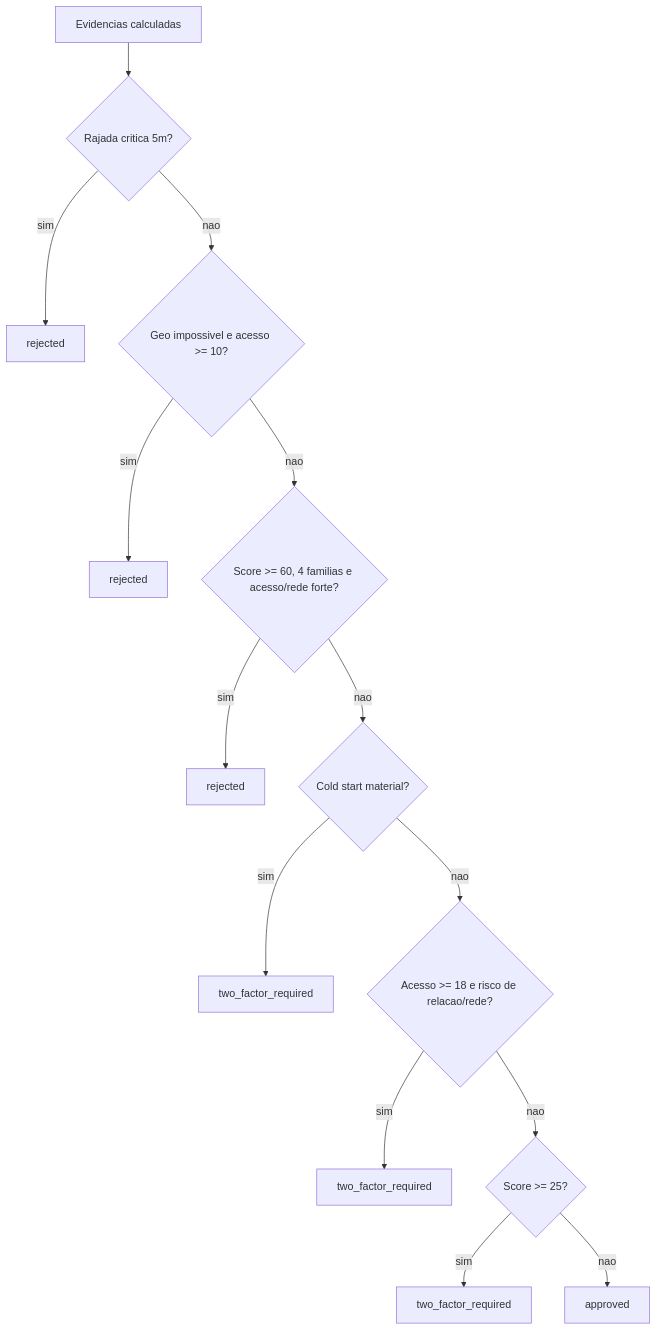
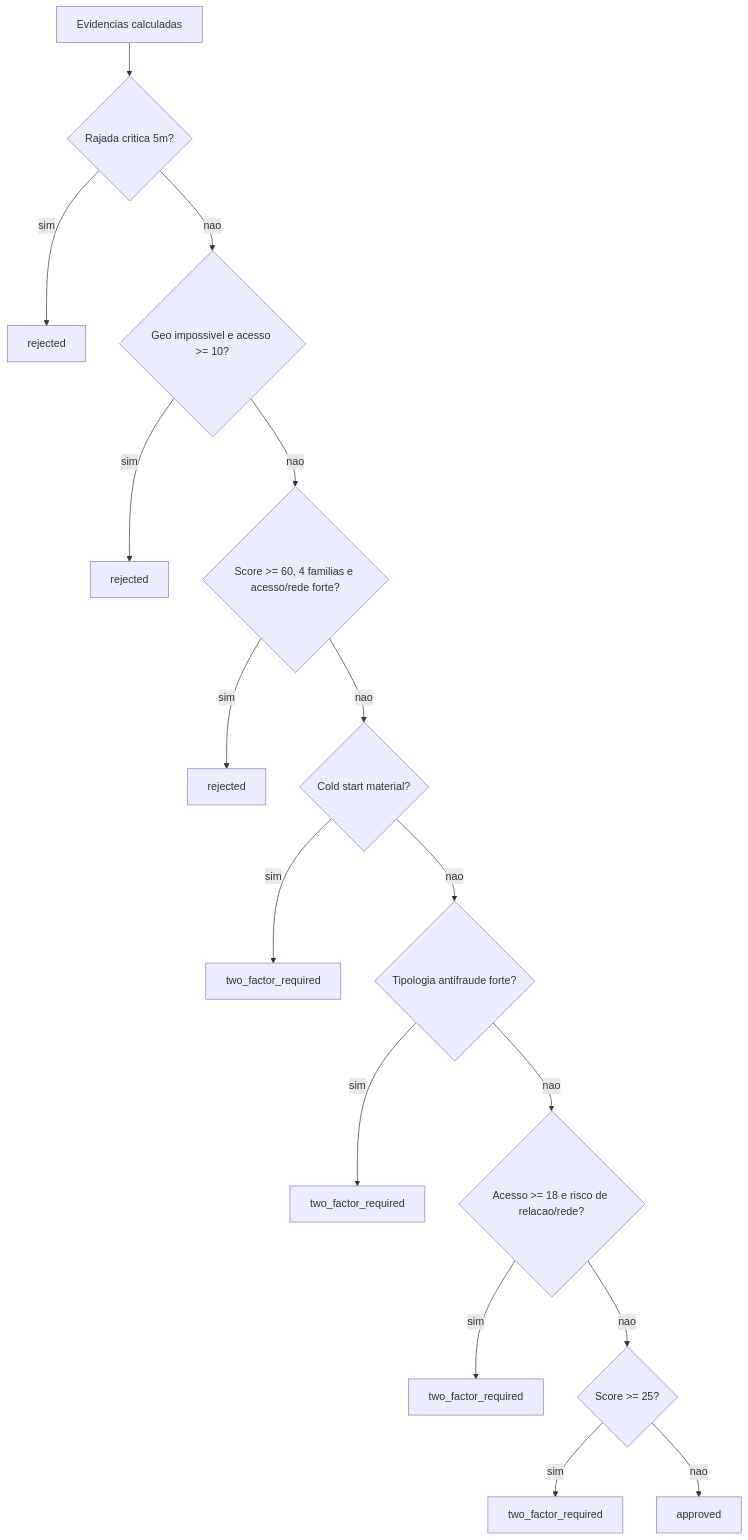
Before and after one commit to mohamad347/pix-sentinel-risk-engine: the second of 3 diagrams in docs/PIX_SENTINEL_FLUXOS_v1.md, drawn with Mermaid. The commit also changed other lines of this file and 37 other files, not shown here.

````diff
--- a/docs/PIX_SENTINEL_FLUXOS_v1.md
+++ b/docs/PIX_SENTINEL_FLUXOS_v1.md
@@ -92,16 +101,18 @@
 ```mermaid
 flowchart TD
     A[Evidencias calculadas] --> B{Rajada critica 5m?}
     B -->|sim| R1[rejected]
     B -->|nao| C{Geo impossivel e acesso >= 10?}
     C -->|sim| R2[rejected]
     C -->|nao| D{Score >= 60, 4 familias e acesso/rede forte?}
     D -->|sim| R3[rejected]
     D -->|nao| E{Cold start material?}
     E -->|sim| T1[two_factor_required]
-    E -->|nao| F{Acesso >= 18 e risco de relacao/rede?}
+    E -->|nao| F{Tipologia antifraude forte?}
     F -->|sim| T2[two_factor_required]
-    F -->|nao| G{Score >= 25?}
+    F -->|nao| G{Acesso >= 18 e risco de relacao/rede?}
     G -->|sim| T3[two_factor_required]
-    G -->|nao| P[approved]
+    G -->|nao| H{Score >= 25?}
+    H -->|sim| T4[two_factor_required]
+    H -->|nao| P[approved]
 ```
````
